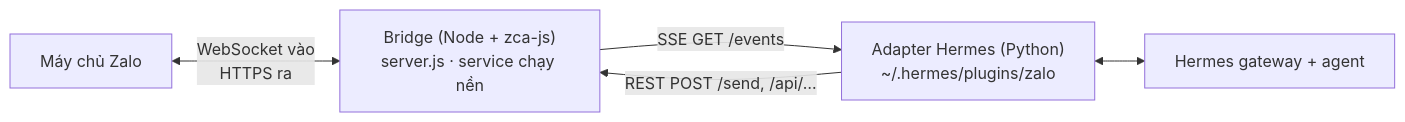
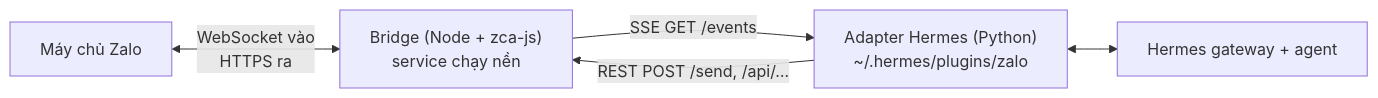
The diagram in README.vi.md (pdt590/chatbot-personal-zalo-hermes), drawn with Mermaid before and after one commit. The commit also changed other lines of this file and 27 other files, not shown here.

````diff
--- a/README.vi.md
+++ b/README.vi.md
@@ -65,7 +68,7 @@
 ```mermaid
 flowchart LR
-  Z[Máy chủ Zalo] <-- "WebSocket vào<br/>HTTPS ra" --> B["Bridge (Node + zca-js)<br/>server.js · service chạy nền"]
+  Z[Máy chủ Zalo] <-- "WebSocket vào<br/>HTTPS ra" --> B["Bridge (Node + zca-js)<br/>service chạy nền"]
   B -- "SSE  GET /events" --> A["Adapter Hermes (Python)<br/>~/.hermes/plugins/zalo"]
   A -- "REST  POST /send, /api/…" --> B
   A <--> H[Hermes gateway + agent]
 ```
````
